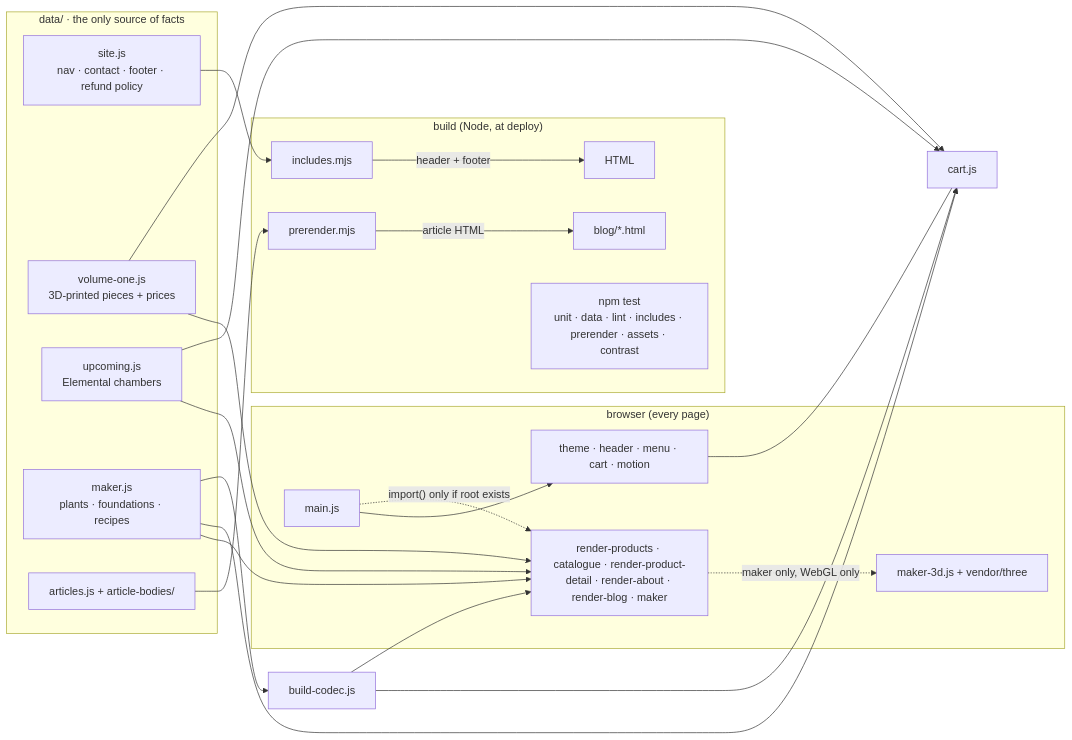
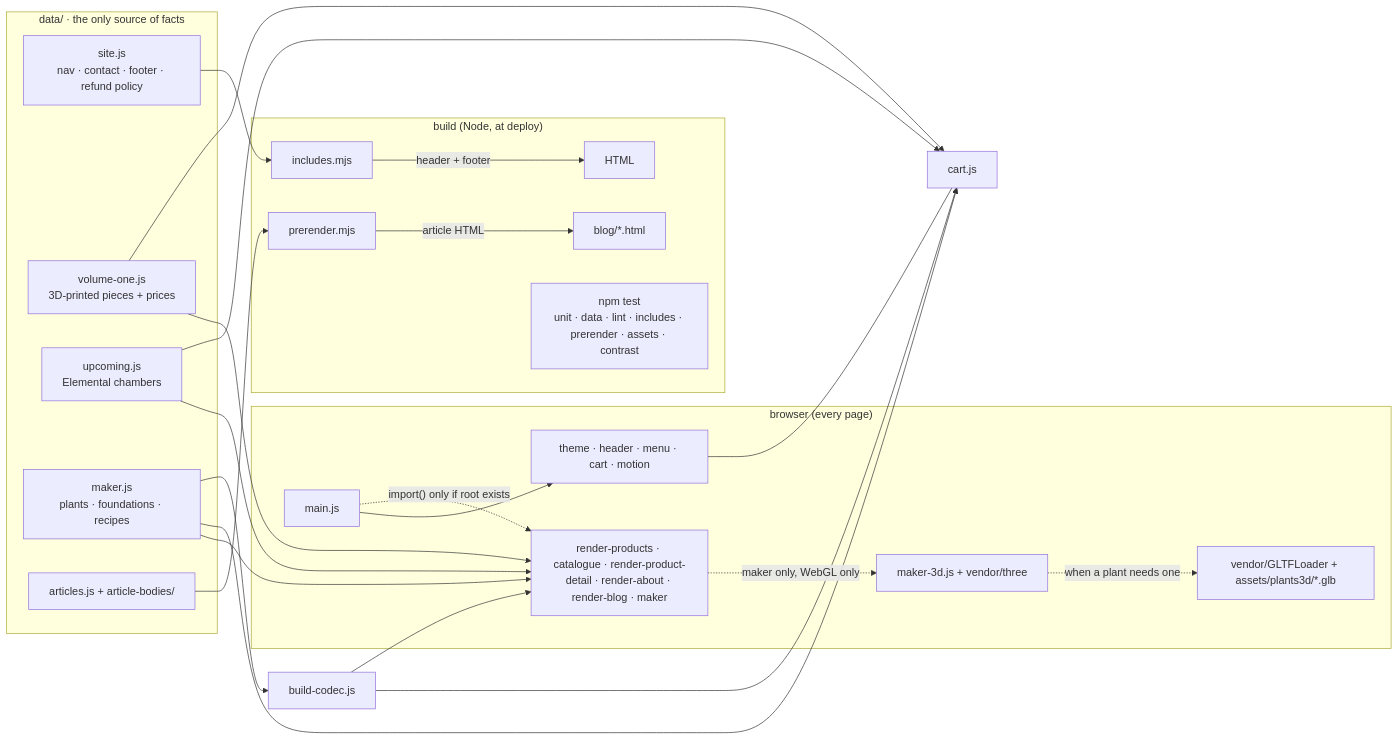
One commit to ozapravar-crypto/earthbox-site changed the diagram in README.md. Above: the diagram before and after it, drawn with Mermaid. The commit also changed other lines of this file and 23 other files, not shown here.

````diff
--- a/README.md
+++ b/README.md
@@ -22,31 +22,32 @@
 ```mermaid
 flowchart LR
   subgraph data["data/ · the only source of facts"]
     SITE[site.js<br/>nav · contact · footer · refund policy]
     V1[volume-one.js<br/>3D-printed pieces + prices]
     V2[upcoming.js<br/>Elemental chambers]
     MK[maker.js<br/>plants · foundations · recipes]
     ART[articles.js + article-bodies/]
   end
 
   subgraph build["build (Node, at deploy)"]
     INC[includes.mjs] -->|header + footer| HTML
     PRE[prerender.mjs] -->|article HTML| BLOG[blog/*.html]
     CHK[npm test<br/>unit · data · lint · includes · prerender · assets · contrast]
   end
 
   subgraph browser["browser (every page)"]
     MAIN[main.js] --> SHARED[theme · header · menu · cart · motion]
     MAIN -.import() only if root exists.-> PAGE[render-products · catalogue · render-product-detail · render-about · render-blog · maker]
     PAGE -. maker only, WebGL only .-> M3D[maker-3d.js + vendor/three]
+    M3D -. when a plant needs one .-> GLB[vendor/GLTFLoader + assets/plants3d/*.glb]
   end
 
   SITE --> INC
   ART --> PRE
   V1 & V2 & MK --> PAGE
   V1 & V2 & MK --> CART[cart.js]
   MK --> CODEC[build-codec.js]
   CODEC --> CART
   CODEC --> PAGE
   SHARED --- CART
 ```
````
